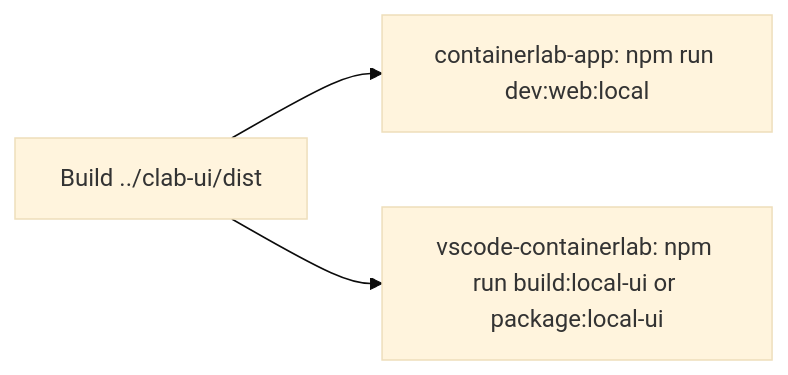
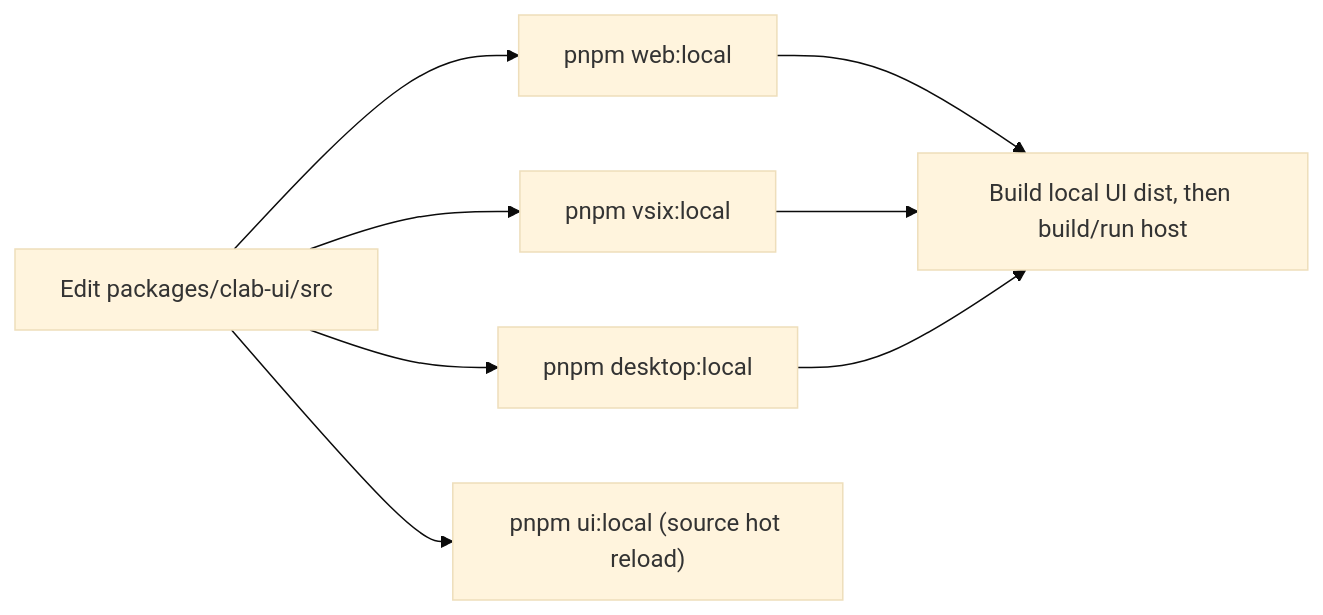
One commit to srl-labs/containerlab-app changed the third of 3 diagrams in packages/clab-ui/docs/02-end-to-end-flows.md. Above: the diagram before and after it, drawn with Mermaid (base theme). The commit also changed other lines of this file and 132 other files, not shown here.

````diff
--- a/packages/clab-ui/docs/02-end-to-end-flows.md
+++ b/packages/clab-ui/docs/02-end-to-end-flows.md
@@ -56,9 +56,10 @@
 ```mermaid
 flowchart LR
-    Build["Build ../clab-ui/dist"]
-    WebLocal["containerlab-app: npm run dev:web:local"]
-    VscLocal["vscode-containerlab: npm run build:local-ui or package:local-ui"]
-
-    Build --> WebLocal
-    Build --> VscLocal
+    Source["Edit packages/clab-ui/src"] --> Web["pnpm web:local"]
+    Source --> VSIX["pnpm vsix:local"]
+    Source --> Desktop["pnpm desktop:local"]
+    Source --> UI["pnpm ui:local (source hot reload)"]
+    Web --> Dist["Build local UI dist, then build/run host"]
+    VSIX --> Dist
+    Desktop --> Dist
 ```
````
